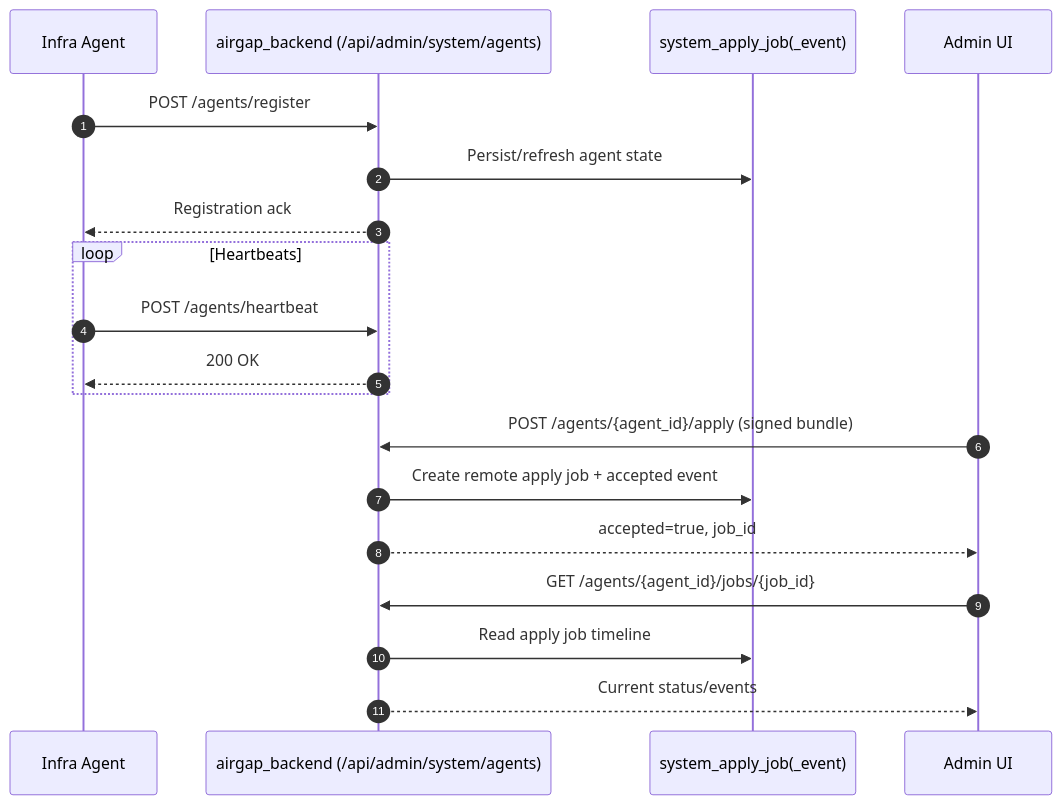
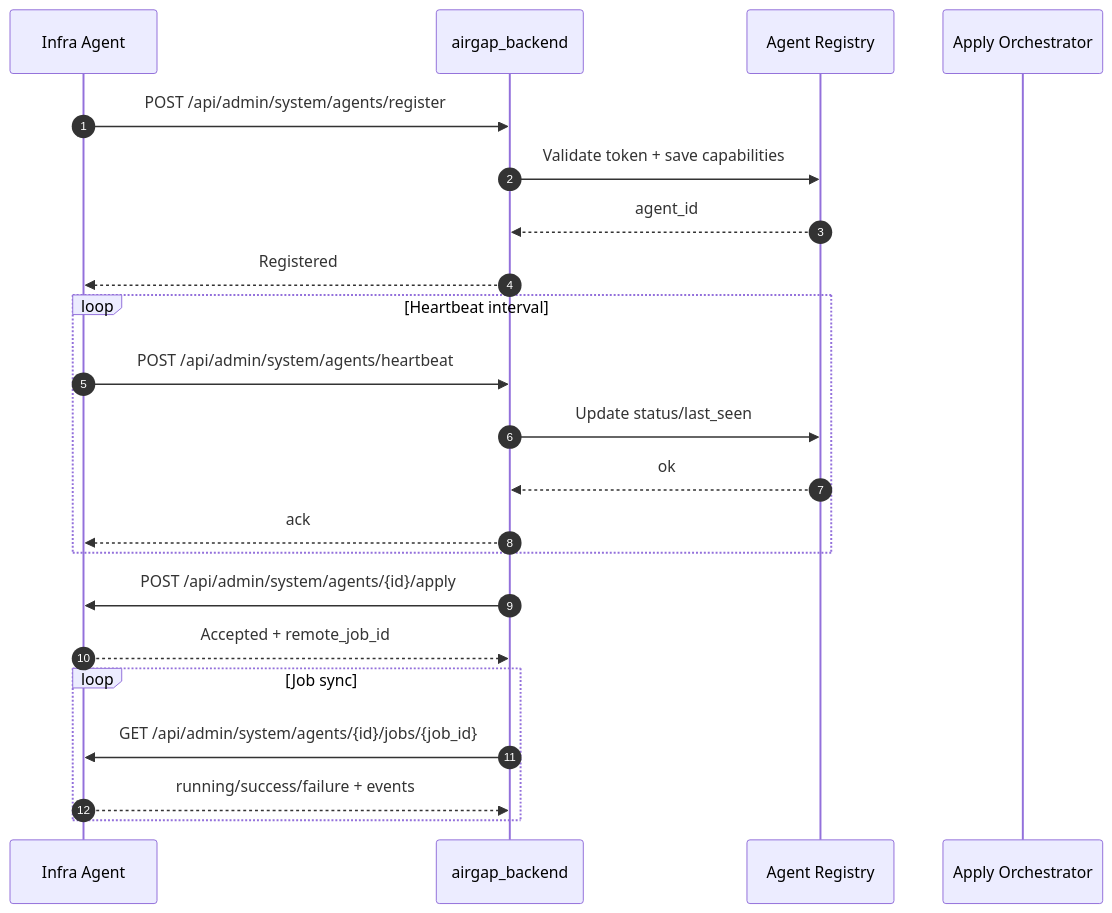
The ninth of 10 diagrams in profile/call-sequence.md (llm-port/.github), drawn with Mermaid before and after one commit. The commit also changed other lines of this file and 1 other file, not shown here.

Commit message:
update call sequence and readme

````diff
--- a/profile/call-sequence.md
+++ b/profile/call-sequence.md
@@ -171,25 +288,27 @@
 ```mermaid
 sequenceDiagram
     autonumber
-    participant Agent as Infra Agent
-    participant BE as airgap_backend (/api/admin/system/agents)
-    participant Jobs as system_apply_job(_event)
-    participant FE as Admin UI
+    participant AG as Infra Agent
+    participant BE as airgap_backend
+    participant REG as Agent Registry
+    participant APPLY as Apply Orchestrator
 
-    Agent->>BE: POST /agents/register
-    BE->>Jobs: Persist/refresh agent state
-    BE-->>Agent: Registration ack
+    AG->>BE: POST /api/admin/system/agents/register
+    BE->>REG: Validate token + save capabilities
+    REG-->>BE: agent_id
+    BE-->>AG: Registered
 
-    loop Heartbeats
-        Agent->>BE: POST /agents/heartbeat
-        BE-->>Agent: 200 OK
+    loop Heartbeat interval
+      AG->>BE: POST /api/admin/system/agents/heartbeat
+      BE->>REG: Update status/last_seen
+      REG-->>BE: ok
+      BE-->>AG: ack
     end
 
-    FE->>BE: POST /agents/{agent_id}/apply (signed bundle)
-    BE->>Jobs: Create remote apply job + accepted event
-    BE-->>FE: accepted=true, job_id
-
-    FE->>BE: GET /agents/{agent_id}/jobs/{job_id}
-    BE->>Jobs: Read apply job timeline
-    BE-->>FE: Current status/events
+    BE->>AG: POST /api/admin/system/agents/{id}/apply
+    AG-->>BE: Accepted + remote_job_id
+    loop Job sync
+      BE->>AG: GET /api/admin/system/agents/{id}/jobs/{job_id}
+      AG-->>BE: running/success/failure + events
+    end
 ```
````
